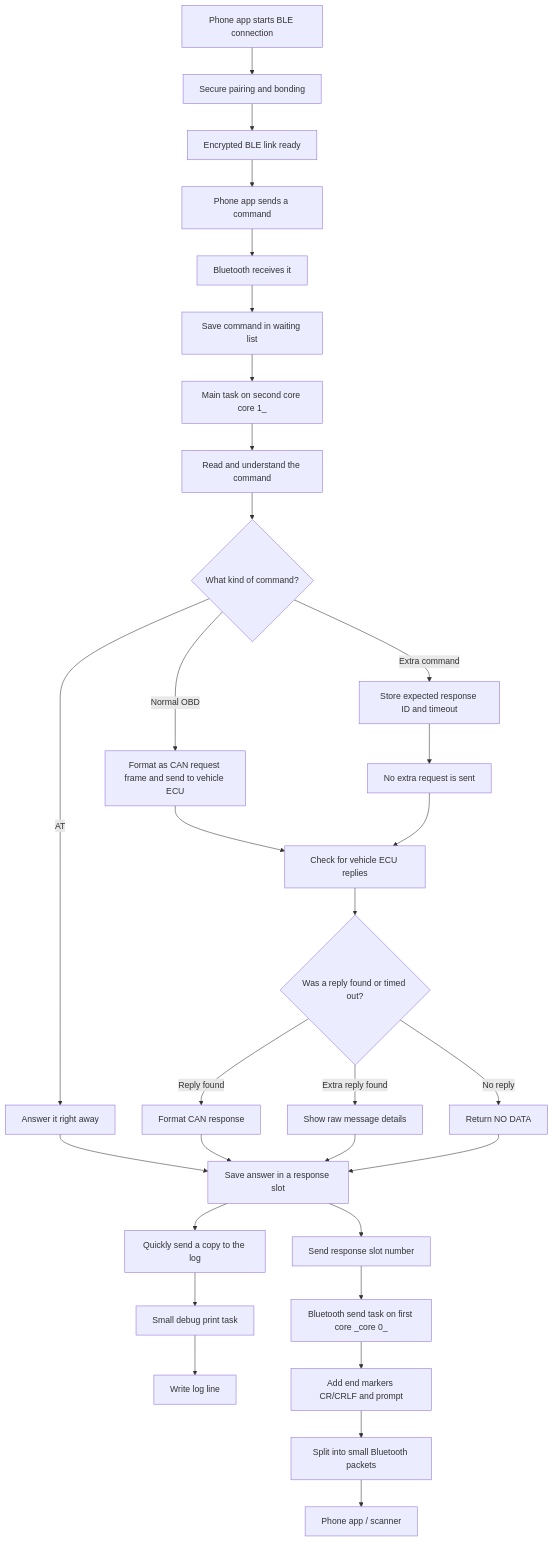
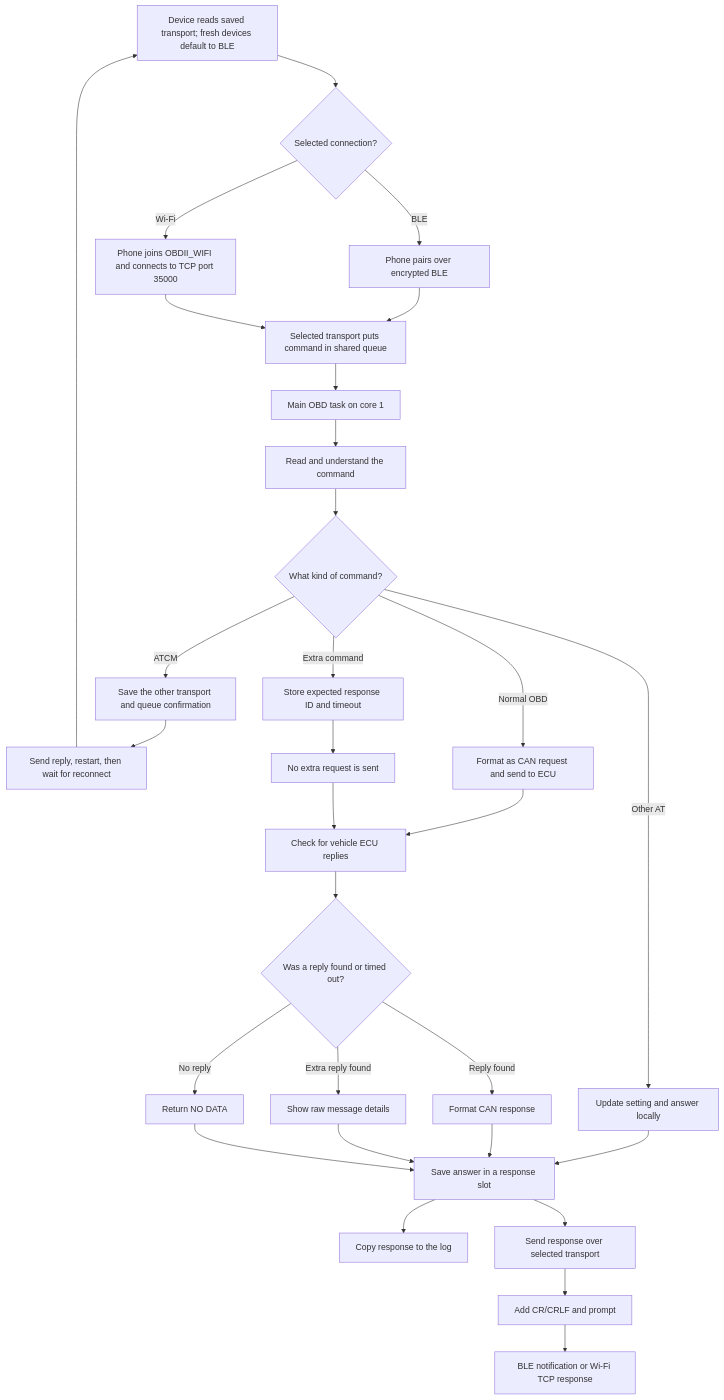
One commit to ASTI-ITS/ITS-test changed the first of 7 diagrams in OBD_BLE_FreeRTOS_C/flowchart_simple.md. Above: the diagram before and after it, drawn with Mermaid. The commit also changed other lines of this file and 1 other file, not shown here.

Commit message:
updated flowcharts to reflect change mode

````diff
--- a/OBD_BLE_FreeRTOS_C/flowchart_simple.md
+++ b/OBD_BLE_FreeRTOS_C/flowchart_simple.md
@@ -7,33 +7,32 @@
 ```mermaid
 graph TD
-    A[Phone app starts BLE connection] --> B[Secure pairing and bonding]
-    B --> C[Encrypted BLE link ready]
-    C --> D[Phone app sends a command]
-    D --> E[Bluetooth receives it]
-    E --> F[Save command in waiting list]
-    F --> G[Main task on second core core 1_]
-    G --> H[Read and understand the command]
-    H --> I{What kind of command?}
-    I -- AT --> J[Answer it right away]
-    I -- Normal OBD --> K[Format as CAN request frame and send to vehicle ECU]
-    I -- Extra command --> L[Store expected response ID and timeout]
-    L --> M[No extra request is sent]
-    K --> N[Check for vehicle ECU replies]
-    M --> N
-    N --> O{Was a reply found or timed out?}
-    O -- Reply found --> P[Format CAN response]
-    O -- Extra reply found --> Q[Show raw message details]
-    O -- No reply --> R[Return NO DATA]
-    J --> S[Save answer in a response slot]
-    P --> S
-    Q --> S
-    R --> S
-    S --> T[Quickly send a copy to the log]
-    T --> U[Small debug print task]
-    U --> V[Write log line]
-    S --> W[Send response slot number]
-    W --> X[Bluetooth send task on first core _core 0_]
-    X --> Y[Add end markers CR/CRLF and prompt]
-    Y --> Z[Split into small Bluetooth packets]
-    Z --> AA[Phone app / scanner]
+    A[Device reads saved transport; fresh devices default to BLE] --> B{Selected connection?}
+    B -- BLE --> C[Phone pairs over encrypted BLE]
+    B -- Wi-Fi --> D[Phone joins OBDII_WIFI and connects to TCP port 35000]
+    C --> E[Selected transport puts command in shared queue]
+    D --> E
+    E --> F[Main OBD task on core 1]
+    F --> G[Read and understand the command]
+    G --> H{What kind of command?}
+    H -- ATCM --> I[Save the other transport and queue confirmation]
+    I --> J[Send reply, restart, then wait for reconnect]
+    J --> A
+    H -- Other AT --> K[Update setting and answer locally]
+    H -- Normal OBD --> L[Format as CAN request and send to ECU]
+    H -- Extra command --> M[Store expected response ID and timeout]
+    M --> N[No extra request is sent]
+    L --> O[Check for vehicle ECU replies]
+    N --> O
+    O --> P{Was a reply found or timed out?}
+    P -- Reply found --> Q[Format CAN response]
+    P -- Extra reply found --> R[Show raw message details]
+    P -- No reply --> S[Return NO DATA]
+    K --> T[Save answer in a response slot]
+    Q --> T
+    R --> T
+    S --> T
+    T --> U[Copy response to the log]
+    T --> V[Send response over selected transport]
+    V --> W[Add CR/CRLF and prompt]
+    W --> X[BLE notification or Wi-Fi TCP response]
 ```
````
